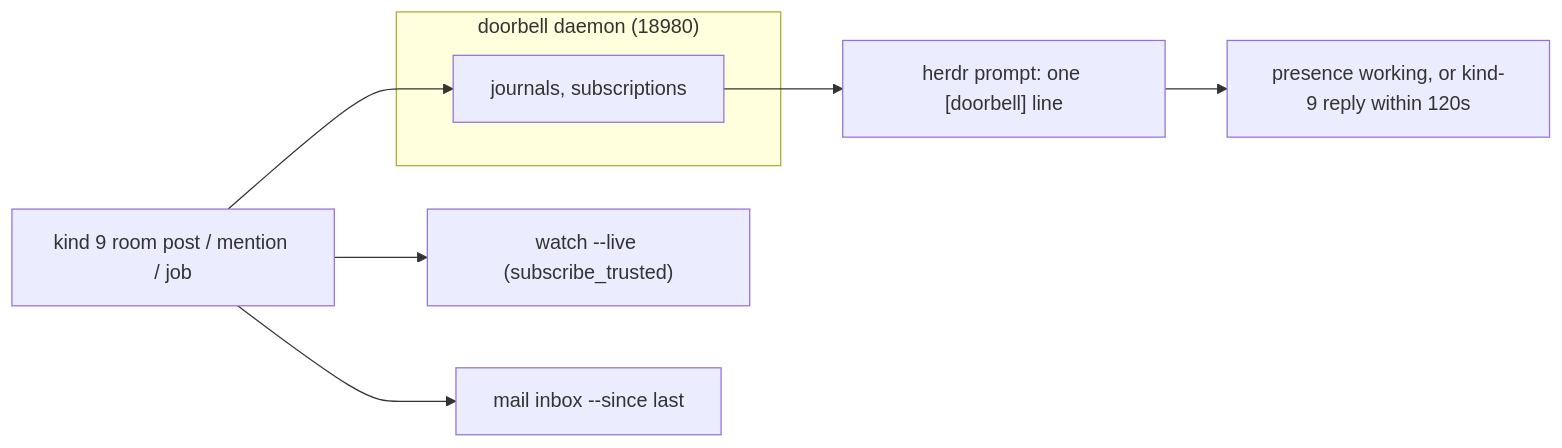
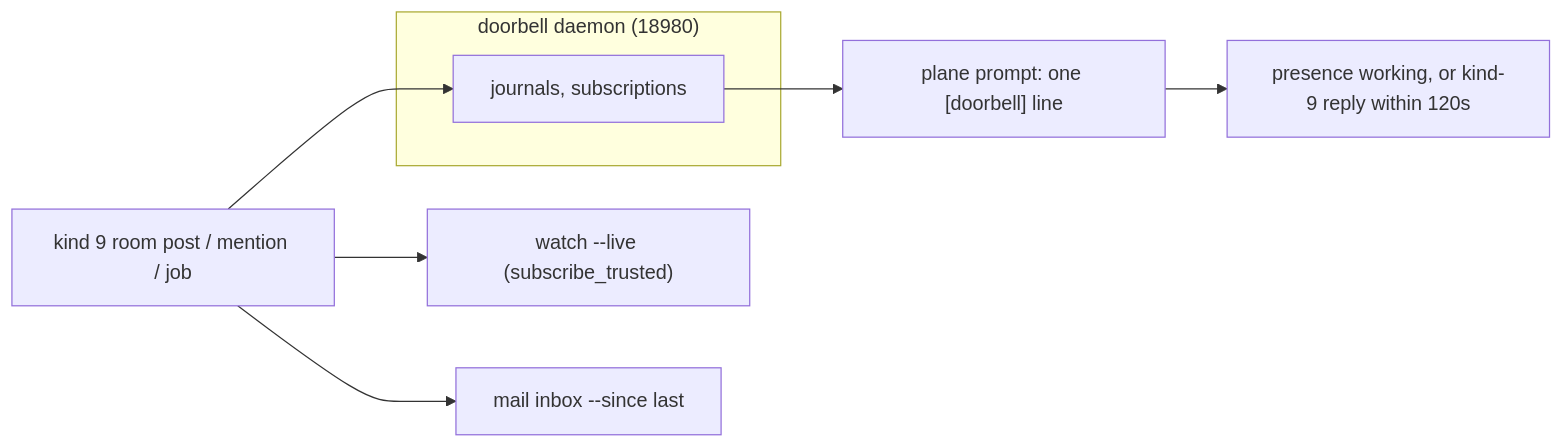
One commit to bangedorrunt/flywheel changed the second of 2 diagrams in docs/guides/integration.mdx. Above: the diagram before and after it, drawn with Mermaid. The commit also changed other lines of this file and 17 other files, not shown here.

````diff
--- a/docs/guides/integration.mdx
+++ b/docs/guides/integration.mdx
@@ -52,11 +52,11 @@
 ```mermaid
 flowchart LR
     subgraph wake["doorbell daemon (18980)"]
         J["journals, subscriptions"]
     end
     K9["kind 9 room post / mention / job"] --> J
     K9 --> WL["watch --live (subscribe_trusted)"]
     K9 --> MB["mail inbox --since last"]
-    J --> P["herdr prompt: one [doorbell] line"]
+    J --> P["plane prompt: one [doorbell] line"]
     P --> AK["presence working, or kind-9 reply within 120s"]
 ```
````
